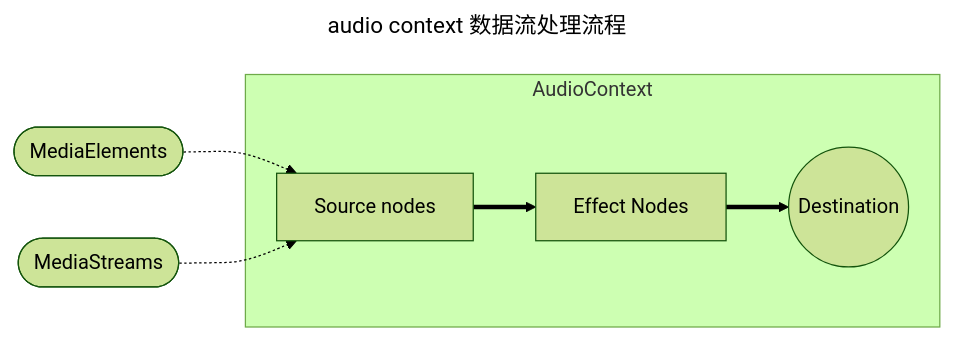
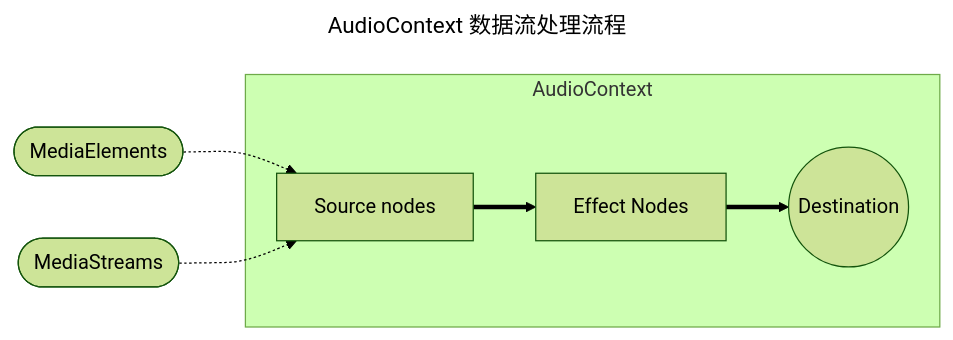
One commit to superAlibi/notes changed the third of 5 diagrams in notes/blogs/web_media/audio_api.md. Above: the diagram before and after it, drawn with Mermaid (forest theme). The commit also changed other lines of this file, not shown here.

````diff
--- a/notes/blogs/web_media/audio_api.md
+++ b/notes/blogs/web_media/audio_api.md
@@ -275,12 +244,12 @@
 ```mermaid
 ---
-title: audio context 数据流处理流程
+title: AudioContext 数据流处理流程
 ---
 graph LR
   mediaElement([MediaElements])-.->source
   mediaStream([MediaStreams])-.->source
   subgraph AudioContext
     source[Source nodes]==>effect[Effect Nodes]
     effect==>destination((Destination))
   end
 ```
````
